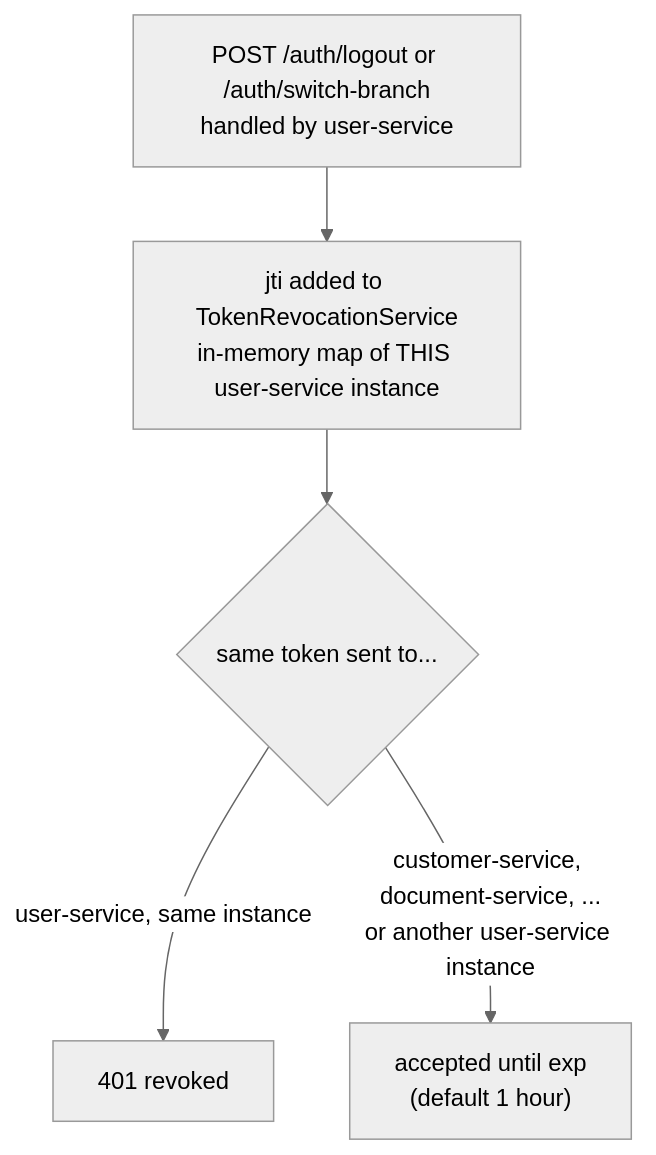
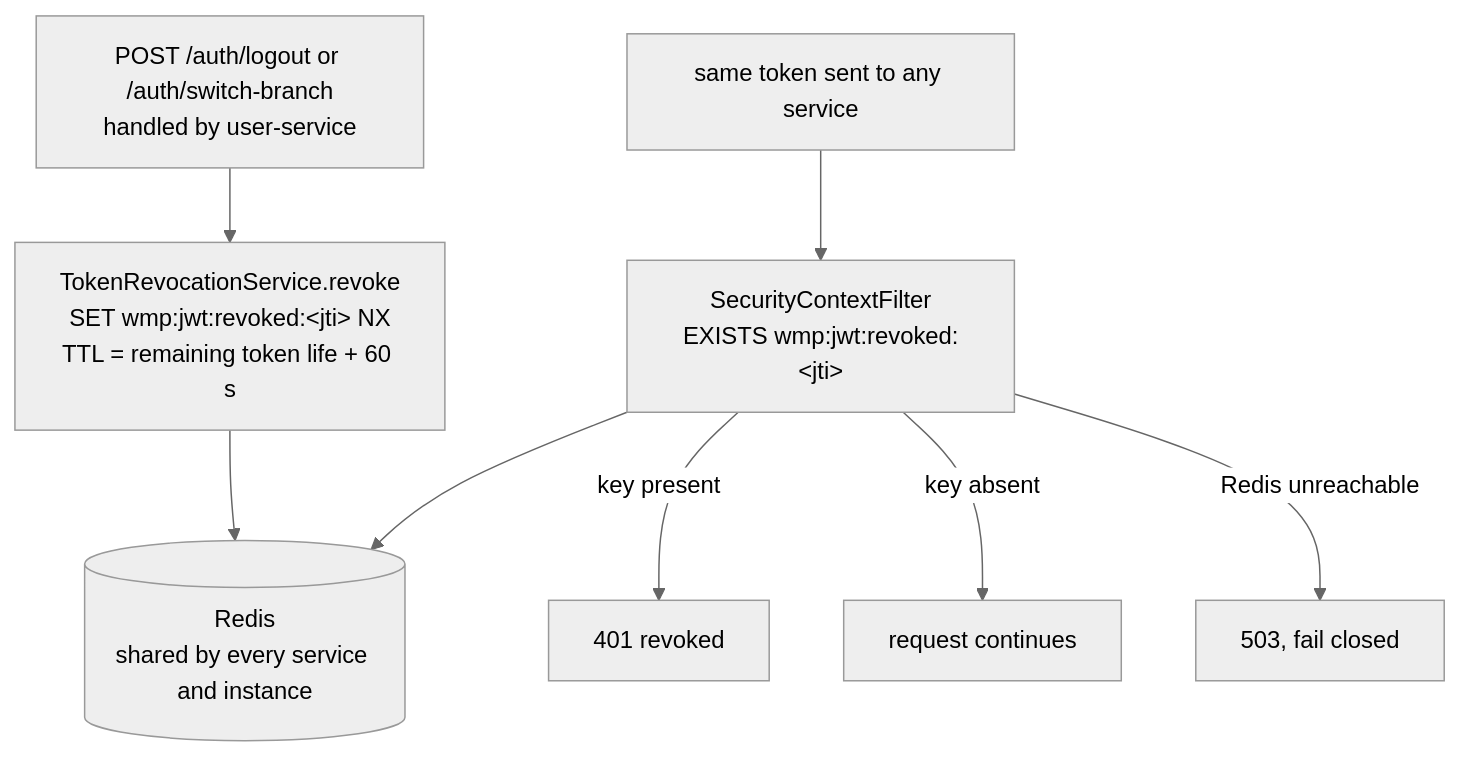
The seventh of 7 diagrams in docs/domain/process/security/jwt-authentication.md (RaffSStein/Wealth-Management-Platform-BE), drawn with Mermaid (neutral theme) before and after one commit. The commit also changed other lines of this file and 3 other files, not shown here.

Commit message:
docs(security): document the shared revocation store

````diff
--- a/docs/domain/process/security/jwt-authentication.md
+++ b/docs/domain/process/security/jwt-authentication.md
@@ -275,7 +279,10 @@
 ```mermaid
 flowchart TB
-    A["POST /auth/logout or /auth/switch-branch<br/>handled by user-service"] --> B["jti added to TokenRevocationService<br/>in-memory map of THIS user-service instance"]
-    B --> C{"same token sent to..."}
-    C -- "user-service, same instance" --> D["401 revoked"]
-    C -- "customer-service, document-service, ...<br/>or another user-service instance" --> E["accepted until exp<br/>(default 1 hour)"]
+    A["POST /auth/logout or /auth/switch-branch<br/>handled by user-service"] --> B["TokenRevocationService.revoke<br/>SET wmp:jwt:revoked:&lt;jti&gt; NX<br/>TTL = remaining token life + 60 s"]
+    B --> R[("Redis<br/>shared by every service and instance")]
+    C["same token sent to any service"] --> F["SecurityContextFilter<br/>EXISTS wmp:jwt:revoked:&lt;jti&gt;"]
+    F --> R
+    F -- "key present" --> D["401 revoked"]
+    F -- "key absent" --> G["request continues"]
+    F -- "Redis unreachable" --> H["503, fail closed"]
 ```
````
